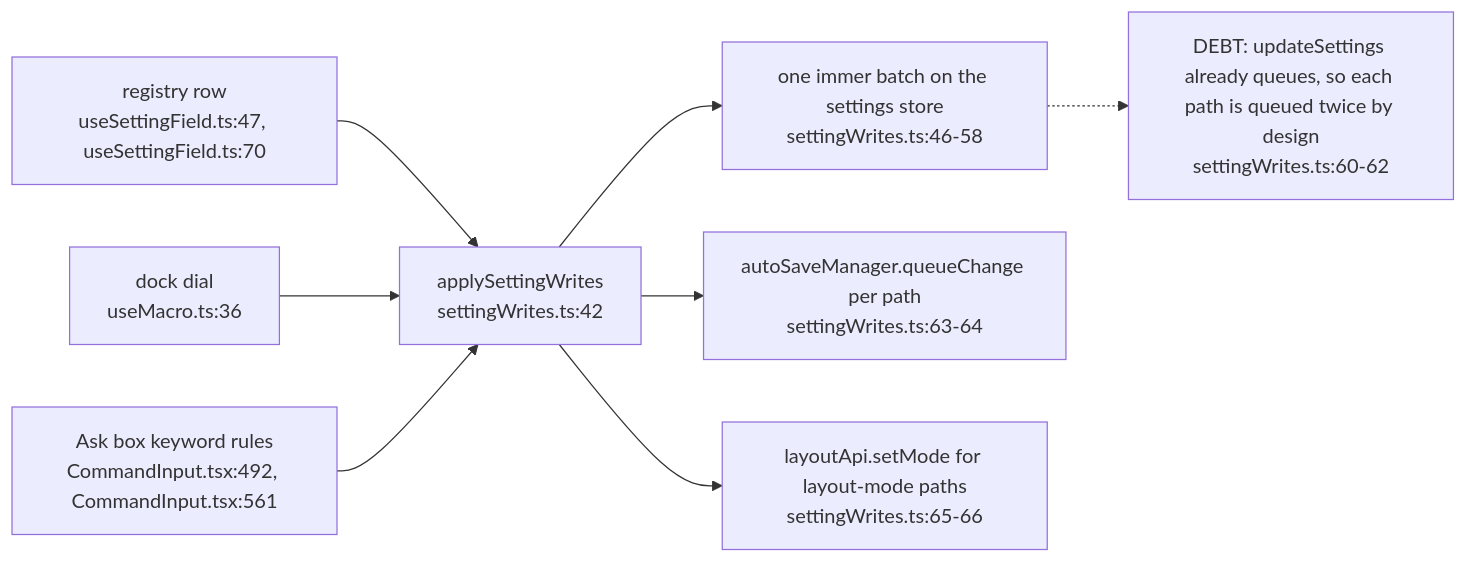
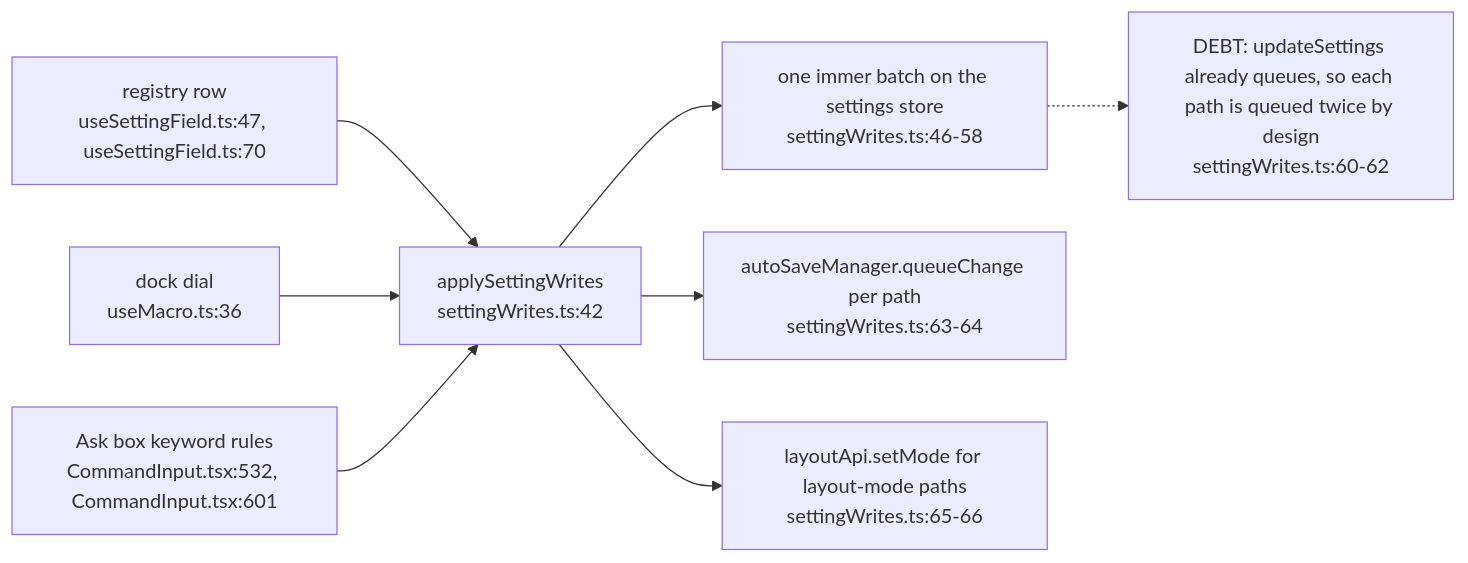
One commit to DreamLab-AI/VisionFlow changed the fifth of 12 diagrams in docs/diagrams/visionclaw/57-control-centre-ia-and-drawer.md. Above: the diagram before and after it, drawn with Mermaid. The commit also changed other lines of this file and 6 other files, not shown here.

First line of the commit message:
diagrams(visionclaw): re-verify VC-51..57 at visionclaw 4900ec60

````diff
--- a/docs/diagrams/visionclaw/57-control-centre-ia-and-drawer.md
+++ b/docs/diagrams/visionclaw/57-control-centre-ia-and-drawer.md
@@ -203,10 +203,10 @@
 ```mermaid
 flowchart LR
     ROW["registry row<br/>useSettingField.ts:47, useSettingField.ts:70"] --> ASW["applySettingWrites<br/>settingWrites.ts:42"]
     DIAL["dock dial<br/>useMacro.ts:36"] --> ASW
-    ASK["Ask box keyword rules<br/>CommandInput.tsx:492, CommandInput.tsx:561"] --> ASW
+    ASK["Ask box keyword rules<br/>CommandInput.tsx:532, CommandInput.tsx:601"] --> ASW
     ASW --> BATCH["one immer batch on the settings store<br/>settingWrites.ts:46-58"]
     ASW --> Q["autoSaveManager.queueChange per path<br/>settingWrites.ts:63-64"]
     ASW --> LM["layoutApi.setMode for layout-mode paths<br/>settingWrites.ts:65-66"]
     BATCH -.-> DQ["DEBT: updateSettings already queues, so each path is queued twice by design<br/>settingWrites.ts:60-62"]
 ```
````
